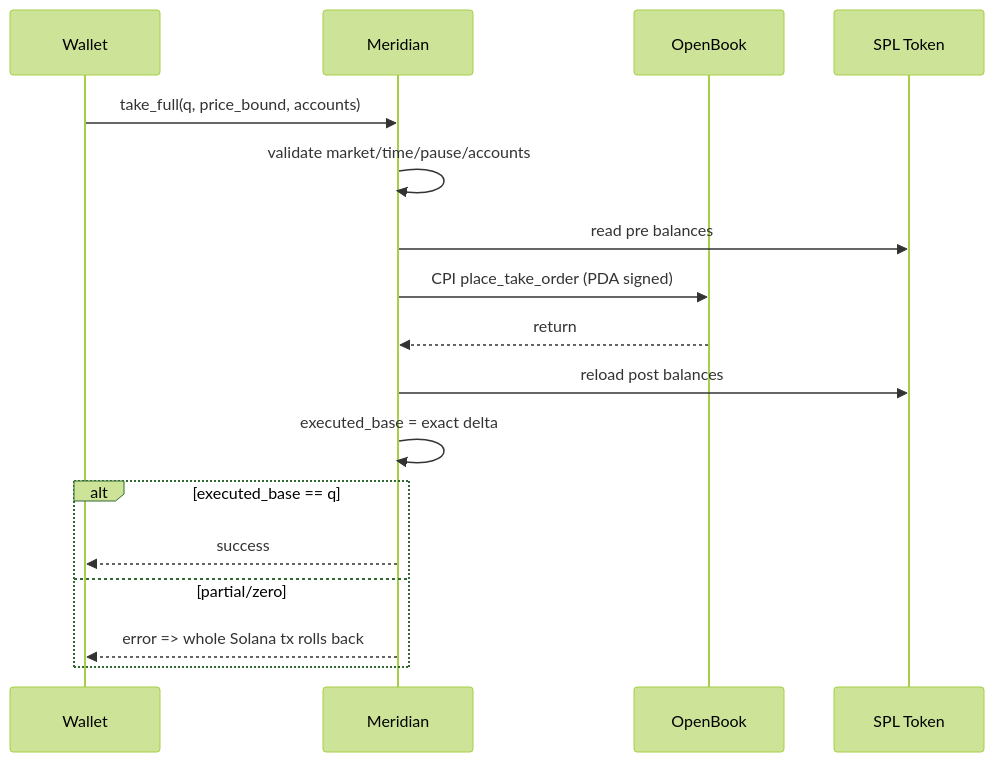
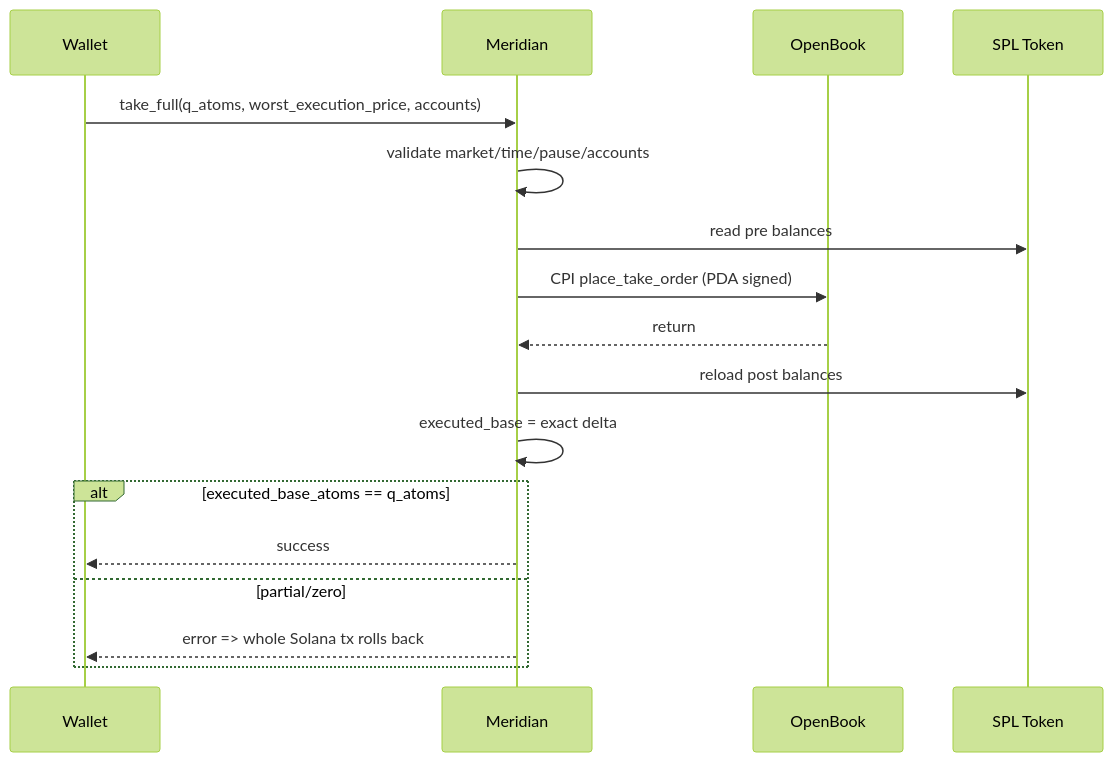
One commit to hyetigran/peak6_pm changed the fourth of 8 diagrams in docs/ARCHITECTURE.md. Above: the diagram before and after it, drawn with Mermaid (forest theme). The commit also changed other lines of this file and 53 other files, not shown here.

````diff
--- a/docs/ARCHITECTURE.md
+++ b/docs/ARCHITECTURE.md
@@ -780,20 +997,20 @@
 ```mermaid
 sequenceDiagram
     participant W as Wallet
     participant M as Meridian
     participant O as OpenBook
     participant T as SPL Token
 
-    W->>M: take_full(q, price_bound, accounts)
+    W->>M: take_full(q_atoms, worst_execution_price, accounts)
     M->>M: validate market/time/pause/accounts
     M->>T: read pre balances
     M->>O: CPI place_take_order (PDA signed)
     O-->>M: return
     M->>T: reload post balances
     M->>M: executed_base = exact delta
-    alt executed_base == q
+    alt executed_base_atoms == q_atoms
         M-->>W: success
     else partial/zero
         M-->>W: error => whole Solana tx rolls back
     end
 ```
````
